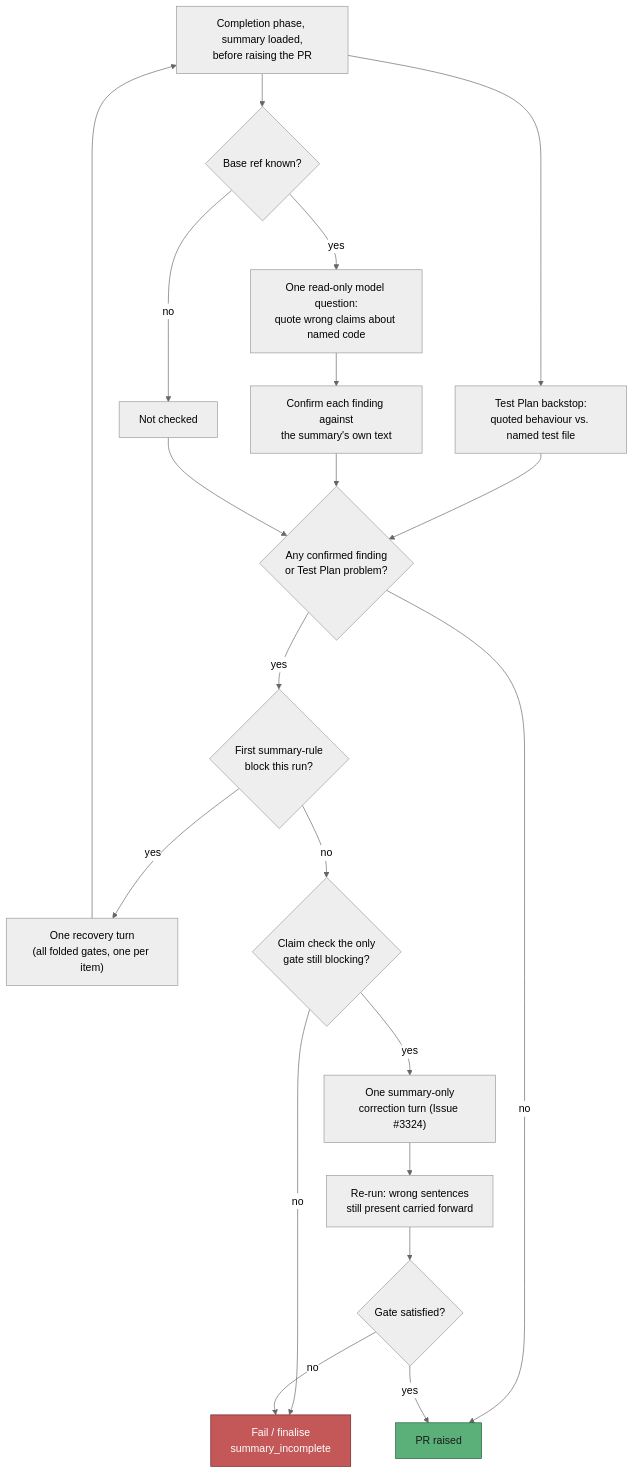
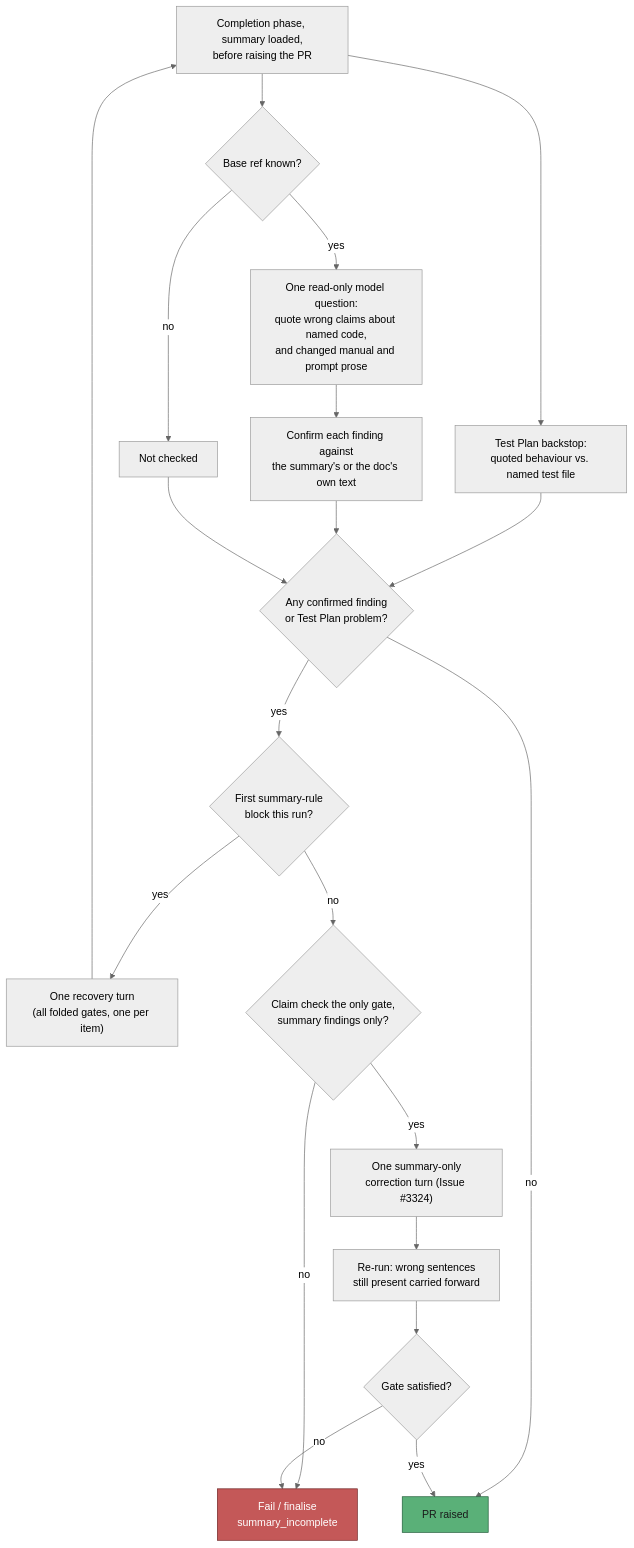
One commit to stSoftwareAU/VibeCoder changed diagram 18 of 24 in docs/workflows/issue-processing.md. Above: the diagram before and after it, drawn with Mermaid (neutral theme). The commit also changed other lines of this file and 17 other files, not shown here.

````diff
--- a/docs/workflows/issue-processing.md
+++ b/docs/workflows/issue-processing.md
@@ -1993,24 +2024,24 @@
 ```mermaid
 flowchart TD
     A["Completion phase, summary loaded,<br/>before raising the PR"] --> B["Test Plan backstop:<br/>quoted behaviour vs. named test file"]
     A --> C{"Base ref known?"}
     C -- no --> D["Not checked"]
-    C -- yes --> E["One read-only model question:<br/>quote wrong claims about named code"]
-    E --> F["Confirm each finding against<br/>the summary's own text"]
+    C -- yes --> E["One read-only model question:<br/>quote wrong claims about named code,<br/>and changed manual and prompt prose"]
+    E --> F["Confirm each finding against<br/>the summary's or the doc's own text"]
     B --> G{"Any confirmed finding<br/>or Test Plan problem?"}
     F --> G
     D --> G
     G -- yes --> H{"First summary-rule<br/>block this run?"}
     G -- no --> I["PR raised"]
     H -- yes --> RT["One recovery turn<br/>(all folded gates, one per item)"]
     RT --> A
-    H -- no --> J{"Claim check the only<br/>gate still blocking?"}
+    H -- no --> J{"Claim check the only gate,<br/>summary findings only?"}
     J -- no --> K["Fail / finalise<br/>summary_incomplete"]
     J -- yes --> L["One summary-only<br/>correction turn (Issue #3324)"]
     L --> M["Re-run: wrong sentences<br/>still present carried forward"]
     M --> N{"Gate satisfied?"}
     N -- yes --> I
     N -- no --> K
     style I fill:#5ab078,stroke:#1d5a35,color:#1a1a1a
     style K fill:#c45858,stroke:#6b2020,color:#fff
 ```
````
